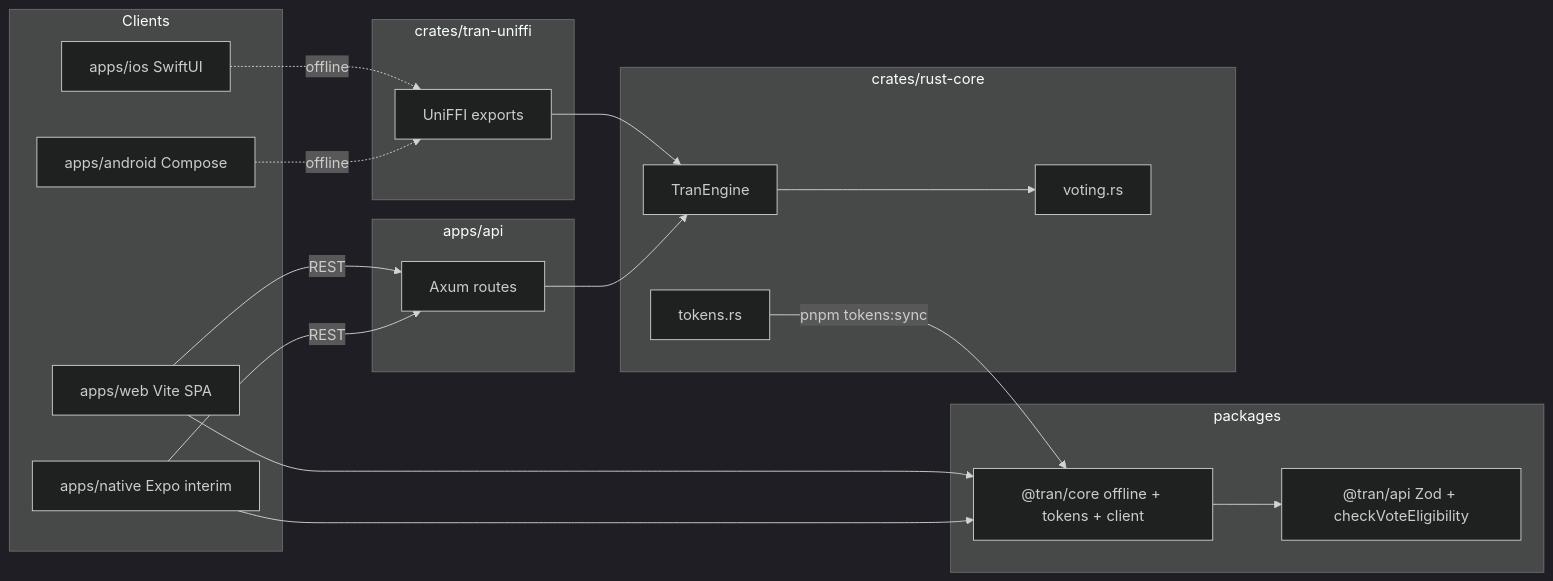
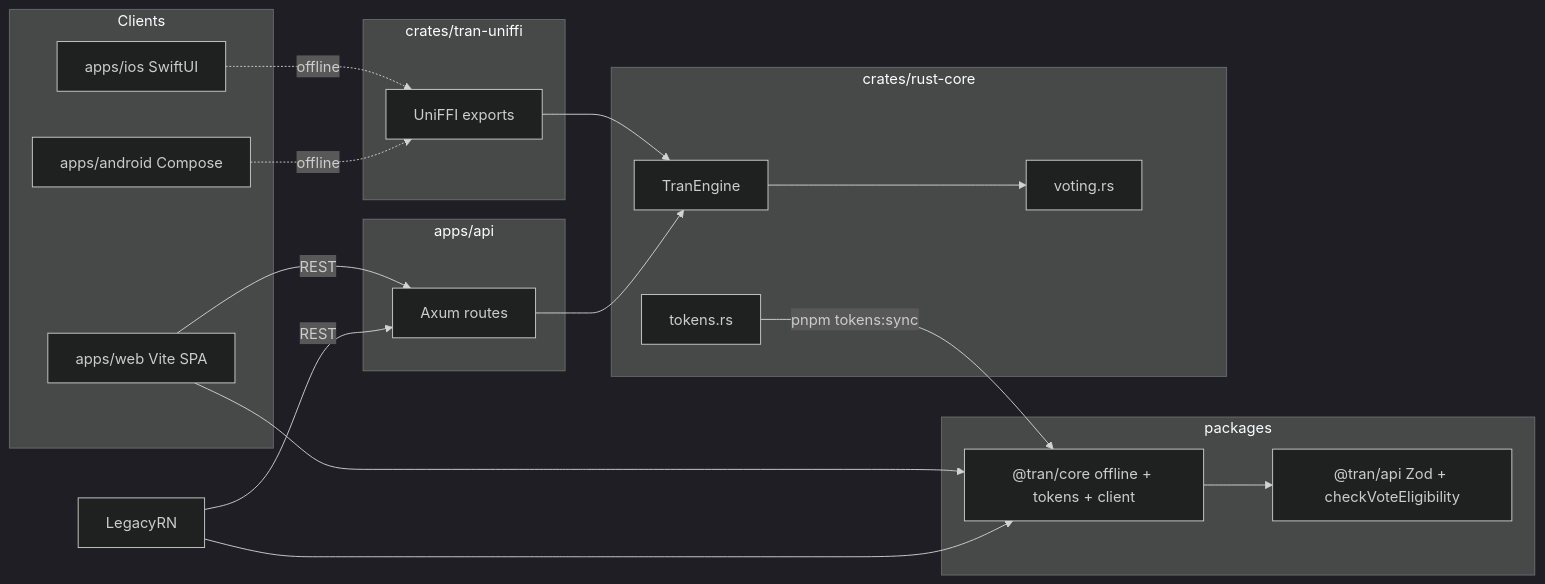
Before and after one commit to bishalg/create-TRAN: the diagram in docs/SAMPLE_APP.md, drawn with Mermaid (dark theme). The commit also changed other lines of this file and 56 other files, not shown here.

First line of the commit message:
chore: remove the legacy React Native sketch (tag archive/react-native-demo)

````diff
--- a/docs/SAMPLE_APP.md
+++ b/docs/SAMPLE_APP.md
@@ -7,36 +7,35 @@
 ```mermaid
 flowchart LR
   subgraph clients [Clients]
     Web[apps/web Vite SPA]
     IOS[apps/ios SwiftUI]
     Android[apps/android Compose]
-    LegacyRN[apps/native Expo interim]
   end
   subgraph shared [packages]
     CoreTS["@tran/core offline + tokens + client"]
     APIPkg["@tran/api Zod + checkVoteEligibility"]
   end
   subgraph ffi [crates/tran-uniffi]
     Uni[UniFFI exports]
   end
   subgraph backend [apps/api]
     Axum[Axum routes]
   end
   subgraph rust [crates/rust-core]
     Voting[voting.rs]
     Tokens[tokens.rs]
     Engine[TranEngine]
   end
 
   Web --> CoreTS
   LegacyRN --> CoreTS
   CoreTS --> APIPkg
   Web -->|REST| Axum
   IOS -.->|offline| Uni
   Android -.->|offline| Uni
   Uni --> Engine
   LegacyRN -->|REST| Axum
   Axum --> Engine
   Engine --> Voting
   Tokens -->|pnpm tokens:sync| CoreTS
 ```
````
